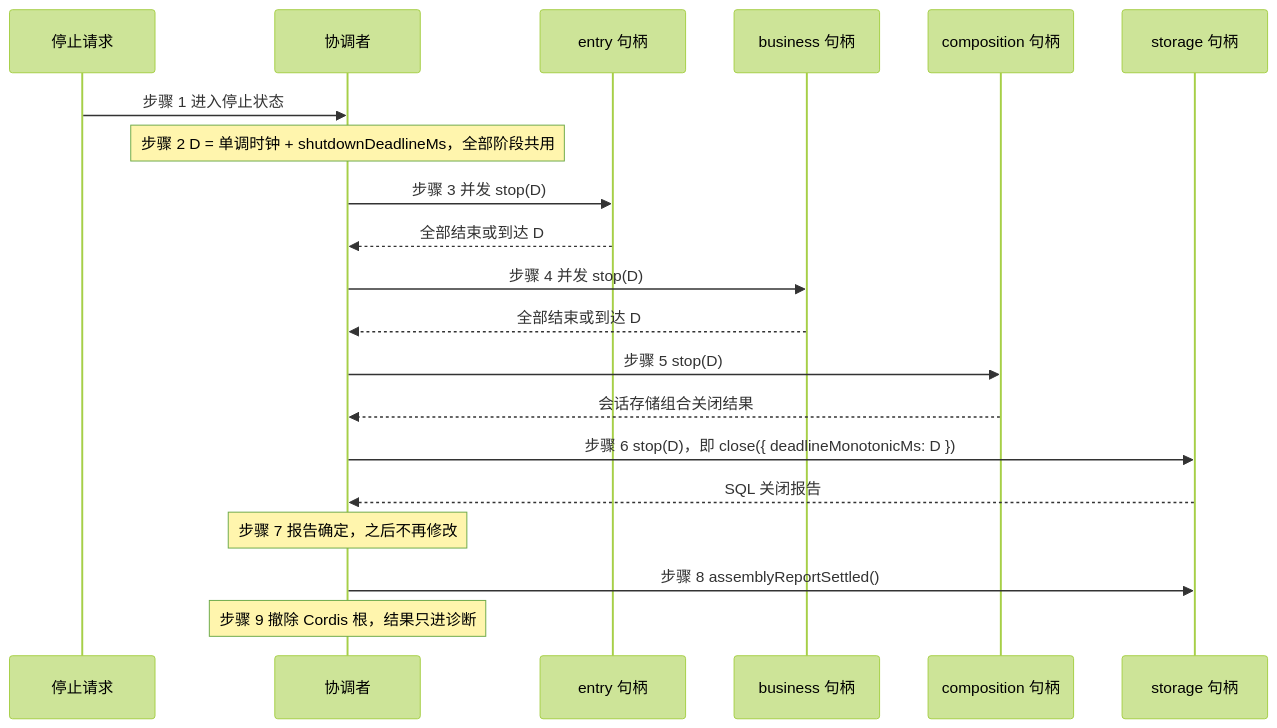
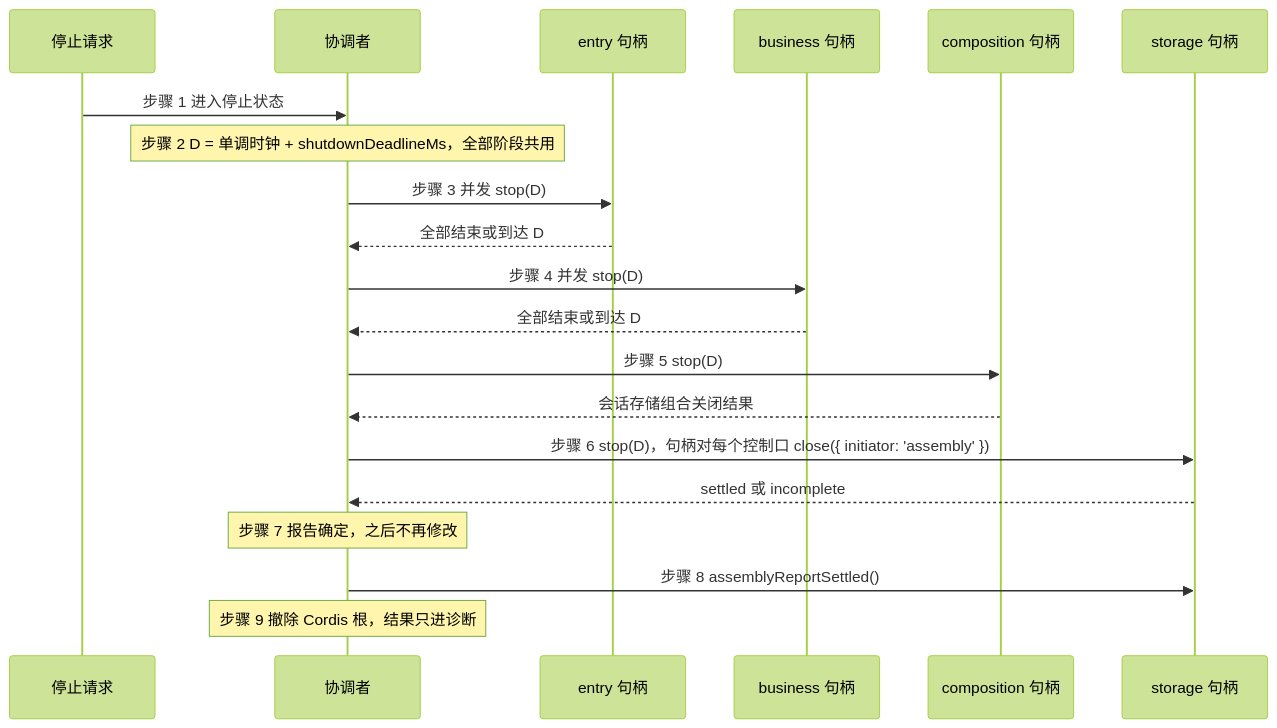
The second of 2 diagrams in apps/harness-server/SPEC.md (nemori-ai/omne-harness-lite), drawn with Mermaid (forest theme) before and after one commit. The commit also changed other lines of this file and 28 other files, not shown here.

````diff
--- a/apps/harness-server/SPEC.md
+++ b/apps/harness-server/SPEC.md
@@ -181,22 +203,22 @@
 ```mermaid
 sequenceDiagram
   participant R as 停止请求
   participant C as 协调者
   participant E as entry 句柄
   participant B as business 句柄
   participant P as composition 句柄
   participant S as storage 句柄
   R->>C: 步骤 1 进入停止状态
   Note over C: 步骤 2 D = 单调时钟 + shutdownDeadlineMs，全部阶段共用
   C->>E: 步骤 3 并发 stop(D)
   E-->>C: 全部结束或到达 D
   C->>B: 步骤 4 并发 stop(D)
   B-->>C: 全部结束或到达 D
   C->>P: 步骤 5 stop(D)
   P-->>C: 会话存储组合关闭结果
-  C->>S: 步骤 6 stop(D)，即 close({ deadlineMonotonicMs: D })
-  S-->>C: SQL 关闭报告
+  C->>S: 步骤 6 stop(D)，句柄对每个控制口 close({ initiator: 'assembly' })
+  S-->>C: settled 或 incomplete
   Note over C: 步骤 7 报告确定，之后不再修改
   C->>S: 步骤 8 assemblyReportSettled()
   Note over C: 步骤 9 撤除 Cordis 根，结果只进诊断
 ```
````
